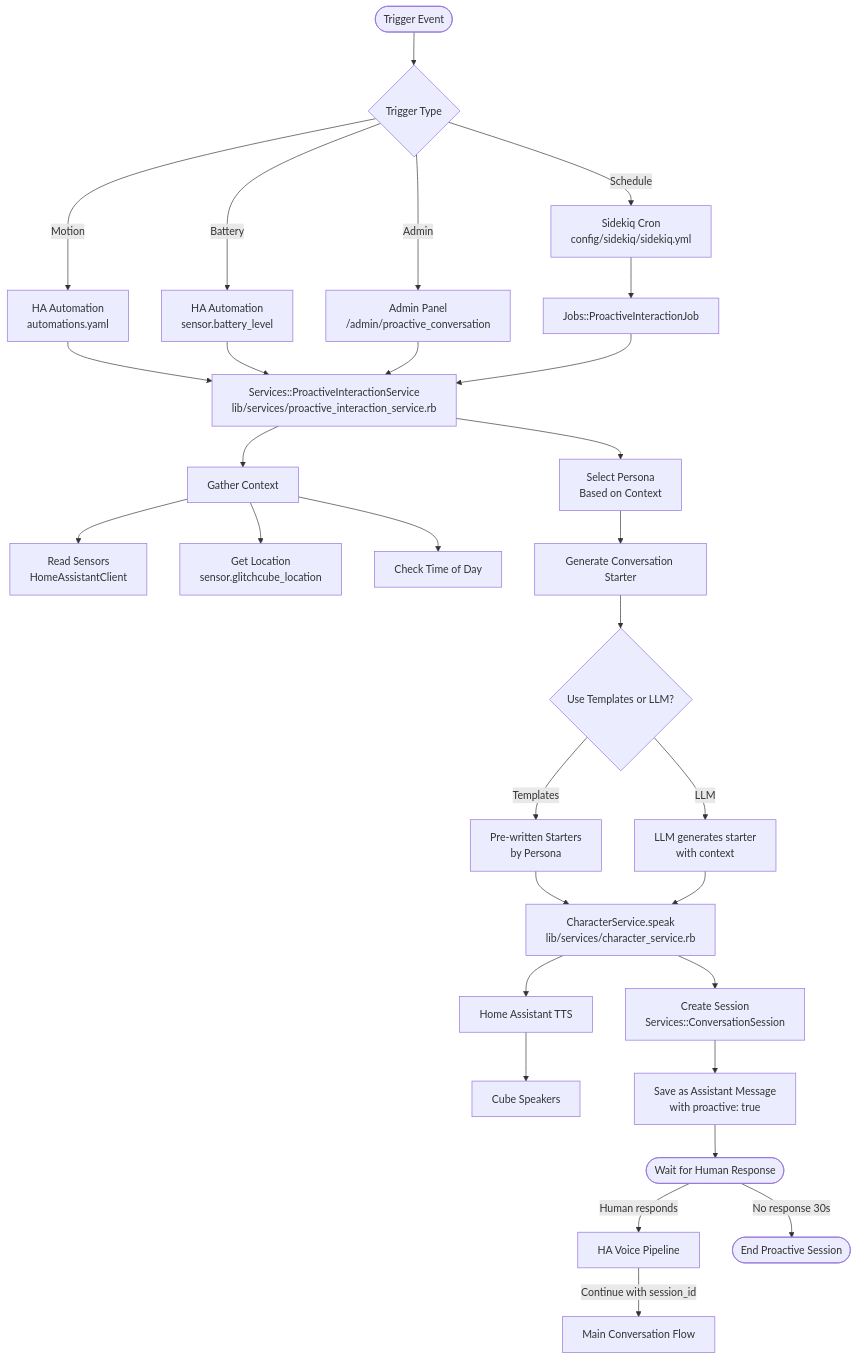
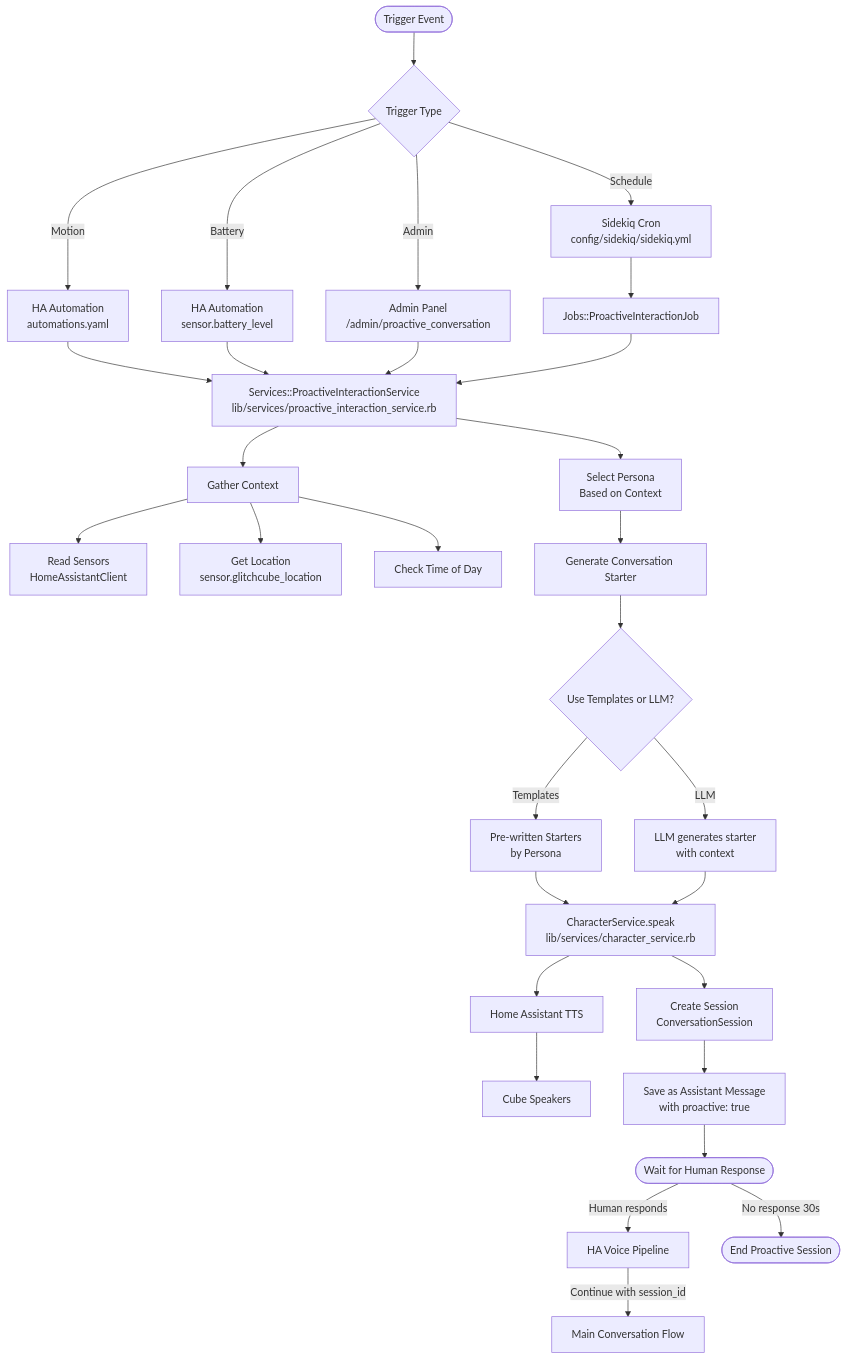
The second of 6 diagrams in docs/technical/conversation-flows.md (Wonderlux-Labs/glitchcube), drawn with Mermaid before and after one commit. The commit also changed other lines of this file and 92 other files, not shown here.

````diff
--- a/docs/technical/conversation-flows.md
+++ b/docs/technical/conversation-flows.md
@@ -77,43 +77,43 @@
 ```mermaid
 graph TD
     Trigger([Trigger Event]) --> Type{Trigger Type}
     
     Type -->|Motion| Motion[HA Automation<br/>automations.yaml]
     Type -->|Schedule| Cron[Sidekiq Cron<br/>config/sidekiq/sidekiq.yml]
     Type -->|Battery| Battery[HA Automation<br/>sensor.battery_level]
     Type -->|Admin| Admin[Admin Panel<br/>/admin/proactive_conversation]
     
     Motion --> ProactiveService
     Cron --> ProactiveJob[Jobs::ProactiveInteractionJob]
     Battery --> ProactiveService
     Admin --> ProactiveService
     
     ProactiveJob --> ProactiveService[Services::ProactiveInteractionService<br/>lib/services/proactive_interaction_service.rb]
     
     ProactiveService --> Context[Gather Context]
     Context --> Sensors[Read Sensors<br/>HomeAssistantClient]
     Context --> Location[Get Location<br/>sensor.glitchcube_location]
     Context --> TimeCheck[Check Time of Day]
     
     ProactiveService --> SelectPersona[Select Persona<br/>Based on Context]
     SelectPersona --> GenerateStarter[Generate Conversation Starter]
     
     GenerateStarter --> Templates{Use Templates or LLM?}
     Templates -->|Templates| Starters[Pre-written Starters<br/>by Persona]
     Templates -->|LLM| GenerateLLM[LLM generates starter<br/>with context]
     
     Starters --> Speak
     GenerateLLM --> Speak[CharacterService.speak<br/>lib/services/character_service.rb]
     
     Speak --> HATTS[Home Assistant TTS]
     HATTS --> Speakers[Cube Speakers]
     
-    Speak --> CreateSession[Create Session<br/>Services::ConversationSession]
+    Speak --> CreateSession[Create Session<br/>ConversationSession]
     CreateSession --> SaveProactive[Save as Assistant Message<br/>with proactive: true]
     
     SaveProactive --> WaitResponse([Wait for Human Response])
     WaitResponse -->|Human responds| VoicePipeline[HA Voice Pipeline]
     VoicePipeline -->|Continue with session_id| MainFlow[Main Conversation Flow]
     
     WaitResponse -->|No response 30s| EndProactive([End Proactive Session])
 ```
````
